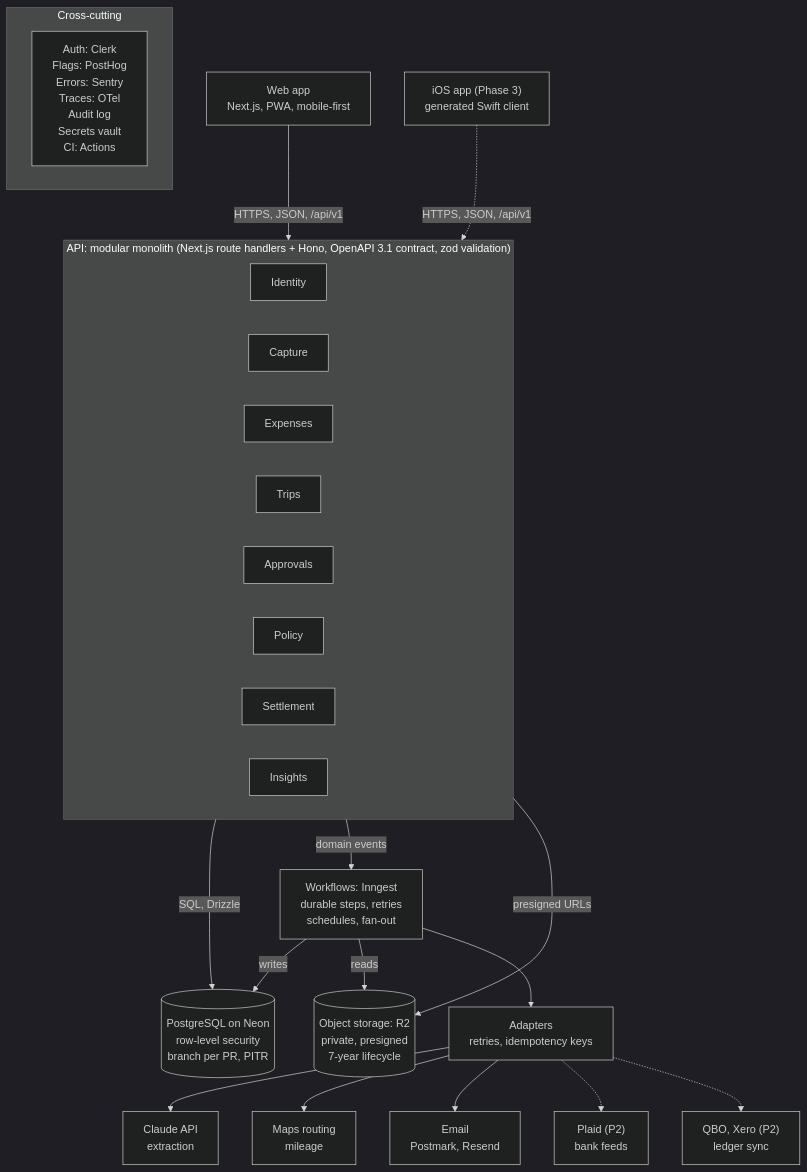
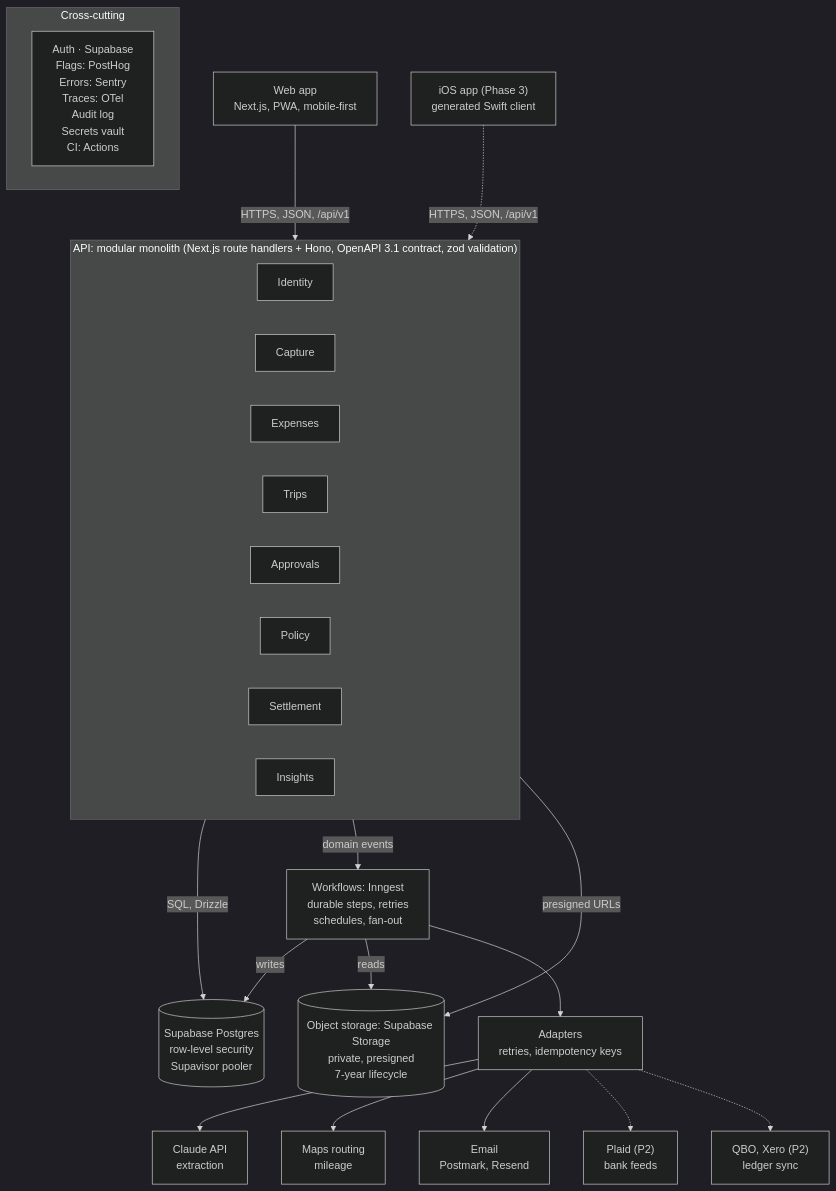
One commit to mronan83/ExpenseWise changed the second of 6 diagrams in docs/05-architecture.md. Above: the diagram before and after it, drawn with Mermaid (dark theme). The commit also changed other lines of this file and 9 other files, not shown here.

First line of the commit message:
docs: align architecture, delivery, roadmap and risks with ADR-0013

````diff
--- a/docs/05-architecture.md
+++ b/docs/05-architecture.md
@@ -65,41 +65,41 @@
 ```mermaid
 flowchart TB
     WEB["Web app<br/>Next.js, PWA, mobile-first"]
     IOS["iOS app (Phase 3)<br/>generated Swift client"]
     subgraph API["API: modular monolith (Next.js route handlers + Hono, OpenAPI 3.1 contract, zod validation)"]
         direction LR
         M1["Identity"]
         M2["Capture"]
         M3["Expenses"]
         M4["Trips"]
         M5["Approvals"]
         M6["Policy"]
         M7["Settlement"]
         M8["Insights"]
     end
-    PG[("PostgreSQL on Neon<br/>row-level security<br/>branch per PR, PITR")]
+    PG[("Supabase Postgres<br/>row-level security<br/>Supavisor pooler")]
     WF["Workflows: Inngest<br/>durable steps, retries<br/>schedules, fan-out"]
-    OBJ[("Object storage: R2<br/>private, presigned<br/>7-year lifecycle")]
+    OBJ[("Object storage: Supabase Storage<br/>private, presigned<br/>7-year lifecycle")]
     ADP["Adapters<br/>retries, idempotency keys"]
     CL["Claude API<br/>extraction"]
     MAPS["Maps routing<br/>mileage"]
     MAIL["Email<br/>Postmark, Resend"]
     PLAID["Plaid (P2)<br/>bank feeds"]
     LEDGER["QBO, Xero (P2)<br/>ledger sync"]
     subgraph XC["Cross-cutting"]
-        XCL["Auth: Clerk<br/>Flags: PostHog<br/>Errors: Sentry<br/>Traces: OTel<br/>Audit log<br/>Secrets vault<br/>CI: Actions"]
+        XCL["Auth · Supabase<br/>Flags: PostHog<br/>Errors: Sentry<br/>Traces: OTel<br/>Audit log<br/>Secrets vault<br/>CI: Actions"]
     end
     WEB -->|"HTTPS, JSON, /api/v1"| API
     IOS -.->|"HTTPS, JSON, /api/v1"| API
     API -->|"SQL, Drizzle"| PG
     API -->|"domain events"| WF
     API -->|"presigned URLs"| OBJ
     WF -->|"writes"| PG
     WF -->|"reads"| OBJ
     WF --> ADP
     ADP --> CL
     ADP --> MAPS
     ADP --> MAIL
     ADP -.-> PLAID
     ADP -.-> LEDGER
 ```
````
